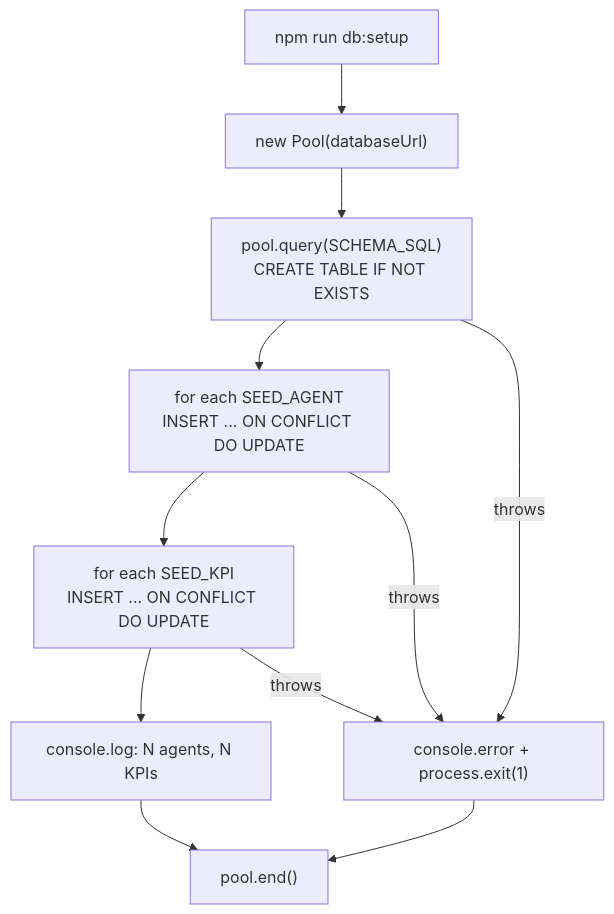
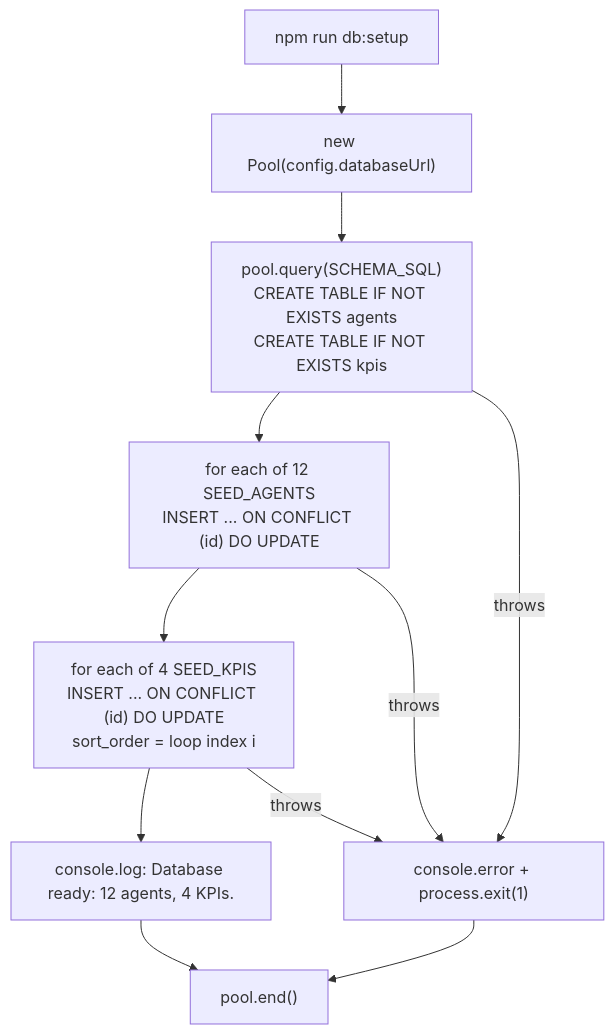
The diagram in docs-site/src/content/docs/backend/db/setup.md (Gunashekharp/sdlc-sample-worflow), drawn with Mermaid before and after one commit. The commit also changed other lines of this file and 52 other files, not shown here.

````diff
--- a/docs-site/src/content/docs/backend/db/setup.md
+++ b/docs-site/src/content/docs/backend/db/setup.md
@@ -127,22 +157,22 @@
 ```mermaid
 flowchart TD
-  start["npm run db:setup"]
-  pool["new Pool(databaseUrl)"]
-  schema["pool.query(SCHEMA_SQL)\nCREATE TABLE IF NOT EXISTS"]
-  agents["for each SEED_AGENT\nINSERT ... ON CONFLICT DO UPDATE"]
-  kpis["for each SEED_KPI\nINSERT ... ON CONFLICT DO UPDATE"]
-  log["console.log: N agents, N KPIs"]
-  close["pool.end()"]
-  err["console.error + process.exit(1)"]
+    Start["npm run db:setup"]
+    Pool["new Pool(config.databaseUrl)"]
+    Schema["pool.query(SCHEMA_SQL)\nCREATE TABLE IF NOT EXISTS agents\nCREATE TABLE IF NOT EXISTS kpis"]
+    Agents["for each of 12 SEED_AGENTS\nINSERT ... ON CONFLICT (id) DO UPDATE"]
+    Kpis["for each of 4 SEED_KPIS\nINSERT ... ON CONFLICT (id) DO UPDATE\nsort_order = loop index i"]
+    Log["console.log: Database ready: 12 agents, 4 KPIs."]
+    Close["pool.end()"]
+    Err["console.error + process.exit(1)"]
 
-  start --> pool
-  pool --> schema
-  schema --> agents
-  agents --> kpis
-  kpis --> log
-  log --> close
-  schema -->|throws| err
-  agents -->|throws| err
-  kpis -->|throws| err
-  err --> close
+    Start --> Pool
+    Pool --> Schema
+    Schema --> Agents
+    Agents --> Kpis
+    Kpis --> Log
+    Log --> Close
+    Schema -->|throws| Err
+    Agents -->|throws| Err
+    Kpis -->|throws| Err
+    Err --> Close
 ```
````
